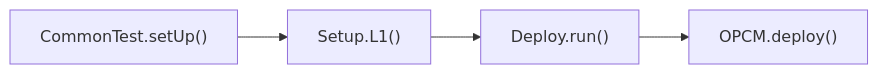
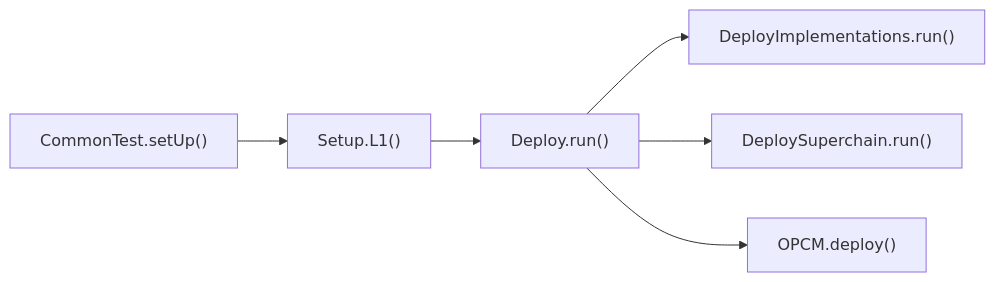
One commit to ethereum-optimism/design-docs changed the first of 2 diagrams in solidity/20241126-upgrade-path-testing.md. Above: the diagram before and after it, drawn with Mermaid. The commit also changed other lines of this file, not shown here.

````diff
--- a/solidity/20241126-upgrade-path-testing.md
+++ b/solidity/20241126-upgrade-path-testing.md
@@ -45,4 +45,7 @@
 ```mermaid
 graph LR
-    A["CommonTest.setUp()"] --> B["Setup.L1()"] --> C["Deploy.run()"] --> D["OPCM.deploy()"]
+    A["CommonTest.setUp()"] --> B["Setup.L1()"] --> C["Deploy.run()"]
+    C --> D["DeployImplementations.run()"]
+    C --> E["DeploySuperchain.run()"]
+    C --> F["OPCM.deploy()"]
 ```
````
